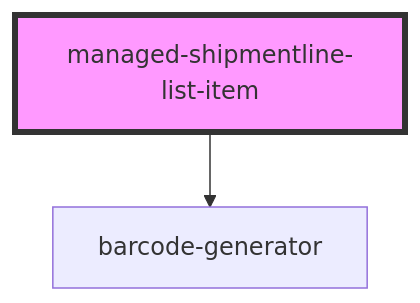
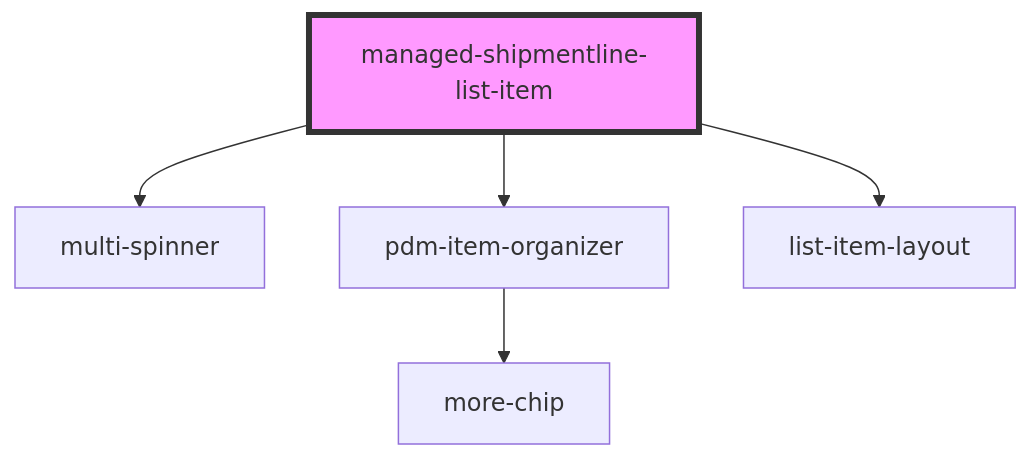
Before and after one commit to PharmaLedger-IMI/fgt-workspace: the diagram in pdm-web-components/src/components/managed-shipmentline-list-item/readme.md, drawn with Mermaid. The commit also changed other lines of this file and 13 other files, not shown here.

````diff
--- a/pdm-web-components/src/components/managed-shipmentline-list-item/readme.md
+++ b/pdm-web-components/src/components/managed-shipmentline-list-item/readme.md
@@ -51,5 +53,8 @@
 ```mermaid
 graph TD;
-  managed-shipmentline-list-item --> barcode-generator
+  managed-shipmentline-list-item --> multi-spinner
+  managed-shipmentline-list-item --> pdm-item-organizer
+  managed-shipmentline-list-item --> list-item-layout
+  pdm-item-organizer --> more-chip
   style managed-shipmentline-list-item fill:#f9f,stroke:#333,stroke-width:4px
 ```
````
